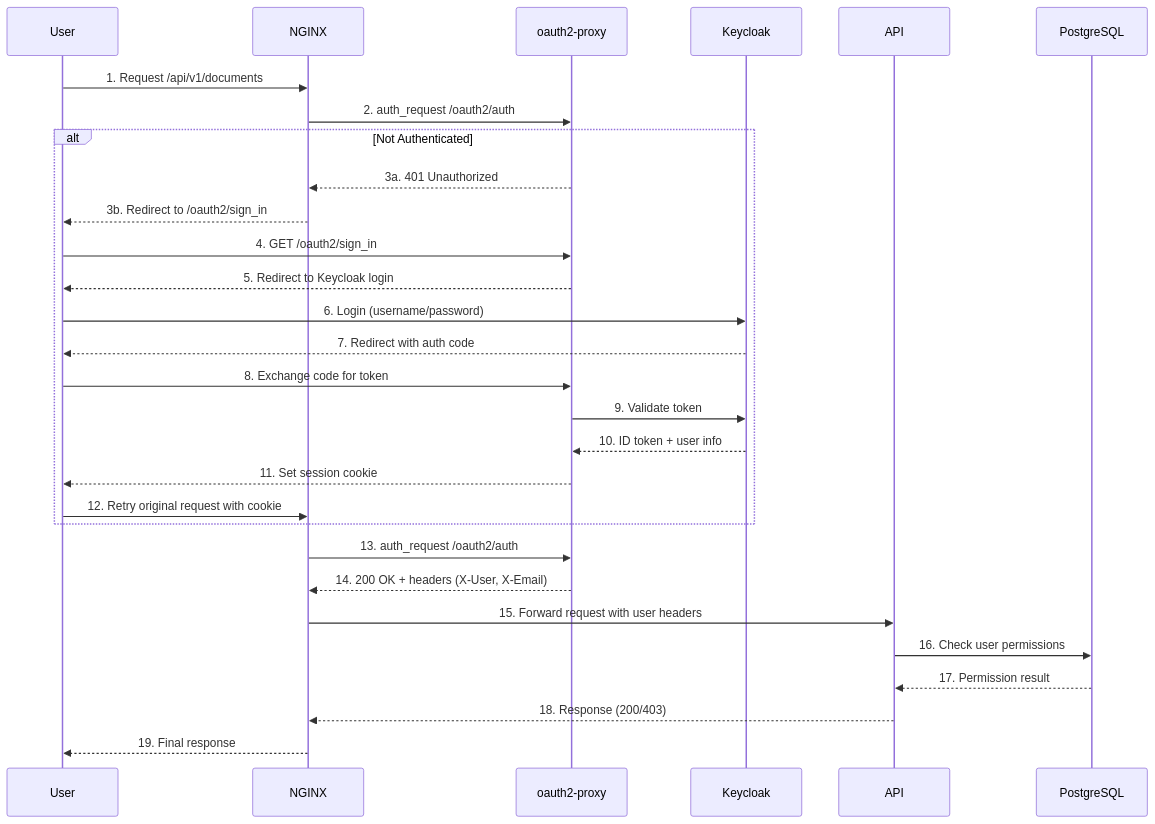
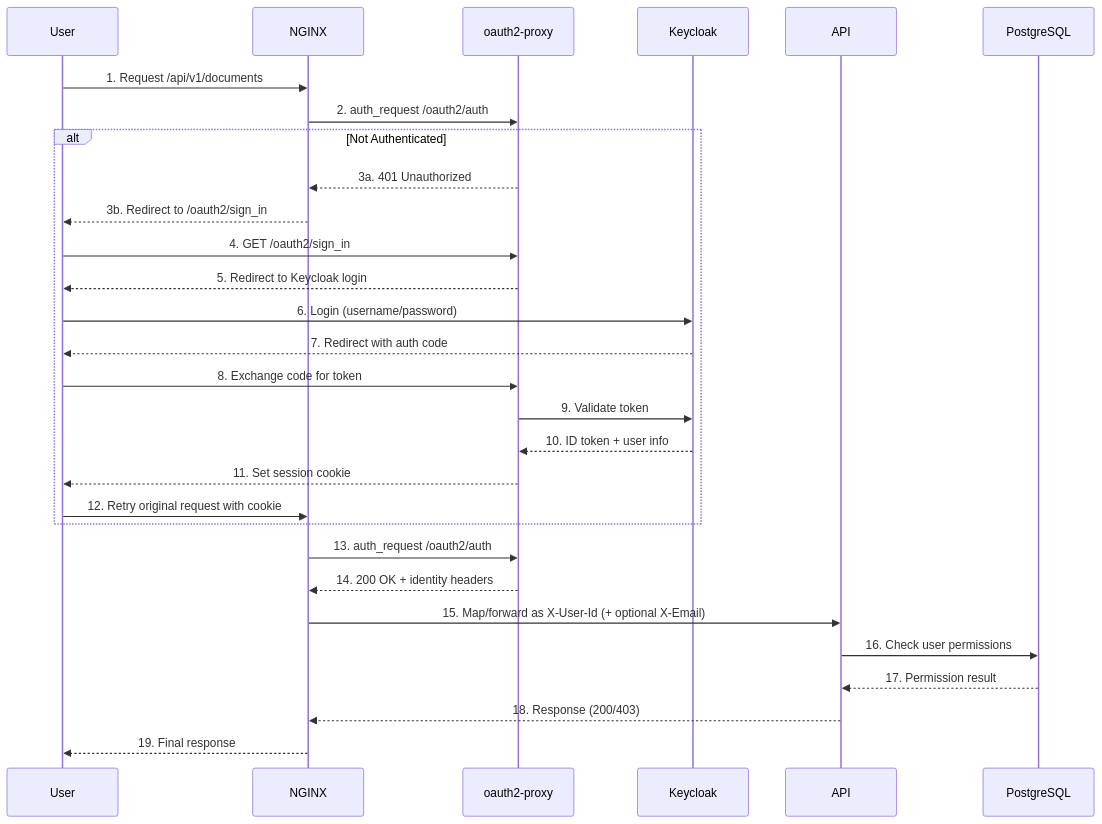
One commit to veep2012/flow_gen2_frontend changed the second of 3 diagrams in documentation/auth_architecture.md. Above: the diagram before and after it, drawn with Mermaid. The commit also changed other lines of this file and 6 other files, not shown here.

````diff
--- a/documentation/auth_architecture.md
+++ b/documentation/auth_architecture.md
@@ -86,34 +86,34 @@
 ```mermaid
 sequenceDiagram
     participant User
     participant NGINX
     participant OAuth2Proxy as oauth2-proxy
     participant Keycloak
     participant API
     participant DB as PostgreSQL
     
     User->>NGINX: 1. Request /api/v1/documents
     NGINX->>OAuth2Proxy: 2. auth_request /oauth2/auth
     
     alt Not Authenticated
         OAuth2Proxy-->>NGINX: 3a. 401 Unauthorized
         NGINX-->>User: 3b. Redirect to /oauth2/sign_in
         User->>OAuth2Proxy: 4. GET /oauth2/sign_in
         OAuth2Proxy-->>User: 5. Redirect to Keycloak login
         User->>Keycloak: 6. Login (username/password)
         Keycloak-->>User: 7. Redirect with auth code
         User->>OAuth2Proxy: 8. Exchange code for token
         OAuth2Proxy->>Keycloak: 9. Validate token
         Keycloak-->>OAuth2Proxy: 10. ID token + user info
         OAuth2Proxy-->>User: 11. Set session cookie
         User->>NGINX: 12. Retry original request with cookie
     end
     
     NGINX->>OAuth2Proxy: 13. auth_request /oauth2/auth
-    OAuth2Proxy-->>NGINX: 14. 200 OK + headers (X-User, X-Email)
-    NGINX->>API: 15. Forward request with user headers
+    OAuth2Proxy-->>NGINX: 14. 200 OK + identity headers
+    NGINX->>API: 15. Map/forward as X-User-Id (+ optional X-Email)
     API->>DB: 16. Check user permissions
     DB-->>API: 17. Permission result
     API-->>NGINX: 18. Response (200/403)
     NGINX-->>User: 19. Final response
 ```
````
